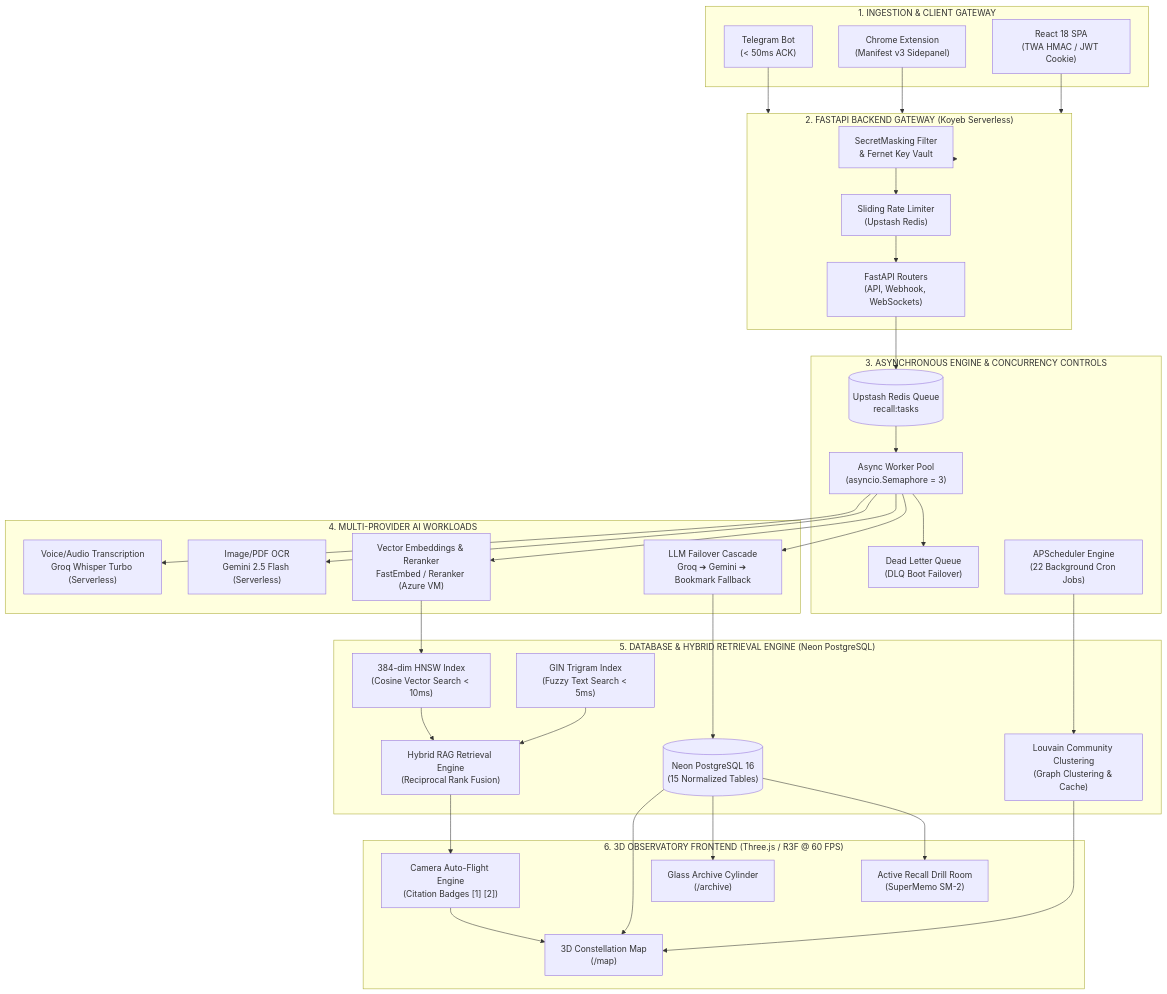
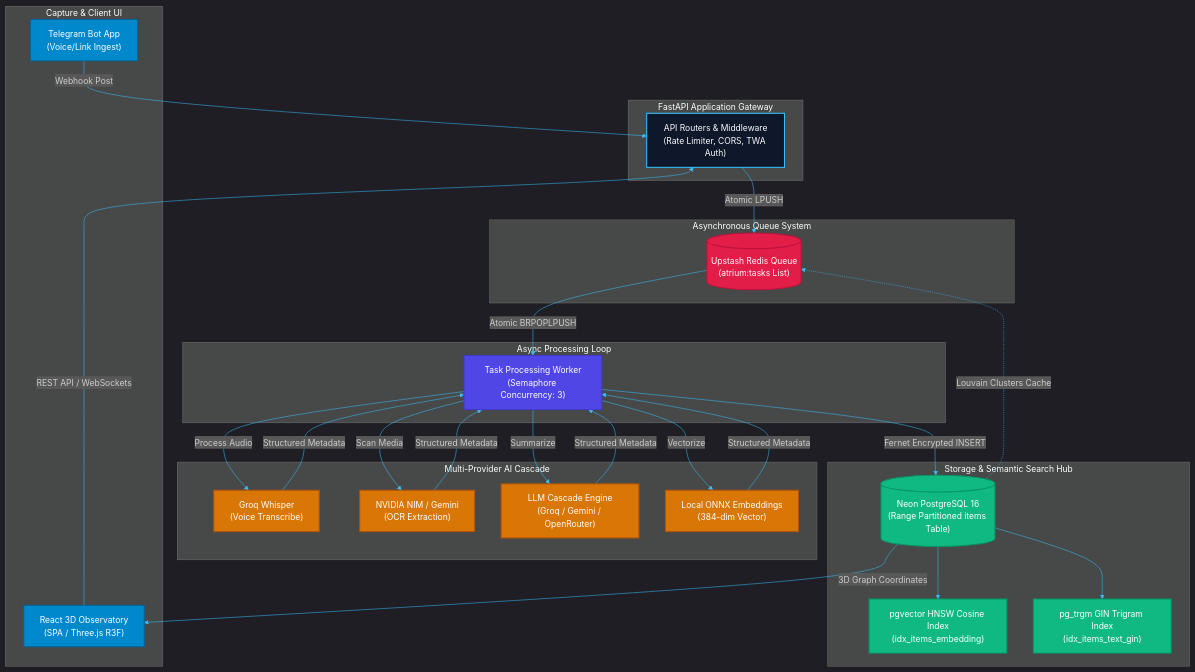
One commit to PriyanshuG27/Atrium changed the diagram in README.md. Above: the diagram before and after it, drawn with Mermaid. The commit also changed other lines of this file and 173 other files, not shown here.

Commit message:
docs: complete documentation overhaul of Atrium PKM system

````diff
--- a/README.md
+++ b/README.md
@@ -143,73 +125,56 @@
 ```mermaid
+%%{init: {'theme': 'dark', 'themeVariables': { 'primaryColor': '#1e293b', 'primaryTextColor': '#f8fafc', 'primaryBorderColor': '#475569', 'lineColor': '#38bdf8' }}}%%
 flowchart TB
-    subgraph INGEST["1. INGESTION & CLIENT GATEWAY"]
-        TG["Telegram Bot\n(< 50ms ACK)"]
-        EXT["Chrome Extension\n(Manifest v3 Sidepanel)"]
-        SPA["React 18 SPA\n(TWA HMAC / JWT Cookie)"]
+    %% Nodes and Styles
+    classDef client fill:#0088cc,stroke:#006699,stroke-width:2px,color:#fff;
+    classDef gateway fill:#0f172a,stroke:#38bdf8,stroke-width:2px,color:#f8fafc;
+    classDef queue fill:#e11d48,stroke:#be123c,stroke-width:2px,color:#fff;
+    classDef worker fill:#4f46e5,stroke:#4338ca,stroke-width:2px,color:#fff;
+    classDef db fill:#10b981,stroke:#059669,stroke-width:2px,color:#fff;
+    classDef ai fill:#d97706,stroke:#b45309,stroke-width:2px,color:#fff;
+
+    subgraph CAPTURE["Capture & Client UI"]
+        TG["Telegram Bot App\n(Voice/Link Ingest)"]:::client
+        WEB["React 3D Observatory\n(SPA / Three.js R3F)"]:::client
     end
 
-    subgraph GATEWAY["2. FASTAPI BACKEND GATEWAY (Koyeb Serverless)"]
-        SEC["SecretMasking Filter\n& Fernet Key Vault"]
-        LIMIT["Sliding Rate Limiter\n(Upstash Redis)"]
-        ROUTERS["FastAPI Routers\n(API, Webhook, WebSockets)"]
+    subgraph GATEWAY["FastAPI Application Gateway"]
+        ROUTERS["API Routers & Middleware\n(Rate Limiter, CORS, TWA Auth)"]:::gateway
     end
 
-    subgraph ASYNC["3. ASYNCHRONOUS ENGINE & CONCURRENCY CONTROLS"]
-        REDIS[("Upstash Redis Queue\nrecall:tasks")]
-        WORKER["Async Worker Pool\n(asyncio.Semaphore = 3)"]
-        DLQ["Dead Letter Queue\n(DLQ Boot Failover)"]
-        SCHED["APScheduler Engine\n(22 Background Cron Jobs)"]
+    subgraph QUEUE["Asynchronous Queue System"]
+        REDIS[("Upstash Redis Queue\n(atrium:tasks List)")]:::queue
     end
 
-    subgraph AI_PIPELINE["4. MULTI-PROVIDER AI WORKLOADS"]
-        STT["Voice/Audio Transcription\nGroq Whisper Turbo (Serverless)"]
-        OCR["Image/PDF OCR\nGemini 2.5 Flash (Serverless)"]
-        EMBED["Vector Embeddings & Reranker\nFastEmbed / Reranker (Azure VM)"]
-        CASCADE["LLM Failover Cascade\nGroq ➔ Gemini ➔ Bookmark Fallback"]
+    subgraph WORKERS["Async Processing Loop"]
+        WORKER["Task Processing Worker\n(Semaphore Concurrency: 3)"]:::worker
     end
 
-    subgraph STORAGE["5. DATABASE & HYBRID RETRIEVAL ENGINE (Neon PostgreSQL)"]
-        DB[("Neon PostgreSQL 16\n(15 Normalized Tables)")]
-        HNSW["384-dim HNSW Index\n(Cosine Vector Search < 10ms)"]
-        GIN["GIN Trigram Index\n(Fuzzy Text Search < 5ms)"]
-        RRF["Hybrid RAG Retrieval Engine\n(Reciprocal Rank Fusion)"]
-        LOUVAIN["Louvain Community Clustering\n(Graph Clustering & Cache)"]
+    subgraph PIPELINES["Multi-Provider AI Cascade"]
+        STT["Groq Whisper\n(Voice Transcribe)"]:::ai
+        OCR["NVIDIA NIM / Gemini\n(OCR Extraction)"]:::ai
+        CASCADE["LLM Cascade Engine\n(Groq / Gemini / OpenRouter)"]:::ai
+        EMBED["Local ONNX Embeddings\n(384-dim Vector)"]:::ai
     end
 
-    subgraph CLIENT_3D["6. 3D OBSERVATORY FRONTEND (Three.js / R3F @ 60 FPS)"]
-        MAP["3D Constellation Map\n(/map)"]
-        CYLINDER["Glass Archive Cylinder\n(/archive)"]
-        FLIGHT["Camera Auto-Flight Engine\n(Citation Badges [1] [2])"]
-        DRILL["Active Recall Drill Room\n(SuperMemo SM-2)"]
+    subgraph STORAGE["Storage & Semantic Search Hub"]
+        POSTGRES[("Neon PostgreSQL 16\n(Range Partitioned items Table)")]:::db
+        HNSW["pgvector HNSW Cosine Index\n(idx_items_embedding)"]:::db
+        GIN["pg_trgm GIN Trigram Index\n(idx_items_text_gin)"]:::db
     end
 
-    TG --> GATEWAY
-    EXT --> GATEWAY
-    SPA --> GATEWAY
-
-    GATEWAY --> SEC
-    SEC --> LIMIT
-    LIMIT --> ROUTERS
-    ROUTERS --> REDIS
-
-    REDIS --> WORKER
-    WORKER --> STT
-    WORKER --> OCR
-    WORKER --> EMBED
-    WORKER --> CASCADE
-    WORKER --> DLQ
-
-    EMBED --> HNSW
-    CASCADE --> DB
-    SCHED --> LOUVAIN
-
-    HNSW --> RRF
-    GIN --> RRF
-    RRF --> FLIGHT
-
-    DB --> MAP
-    LOUVAIN --> MAP
-    DB --> CYLINDER
-    FLIGHT --> MAP
-    DB --> DRILL
+    %% Flow Arrows
+    TG -->|"Webhook Post"| ROUTERS
+    WEB -->|"REST API / WebSockets"| ROUTERS
+    ROUTERS -->|"Atomic LPUSH"| REDIS
+    REDIS -->|"Atomic BRPOPLPUSH"| WORKER
+    WORKER -->|"Process Audio"| STT
+    WORKER -->|"Scan Media"| OCR
+    WORKER -->|"Summarize"| CASCADE
+    WORKER -->|"Vectorize"| EMBED
+    STT & OCR & CASCADE & EMBED -->|"Structured Metadata"| WORKER
+    WORKER -->|"Fernet Encrypted INSERT"| POSTGRES
+    POSTGRES --> HNSW & GIN
+    POSTGRES -.->|"Louvain Clusters Cache"| REDIS
+    POSTGRES -->|"3D Graph Coordinates"| WEB
 ```
````
